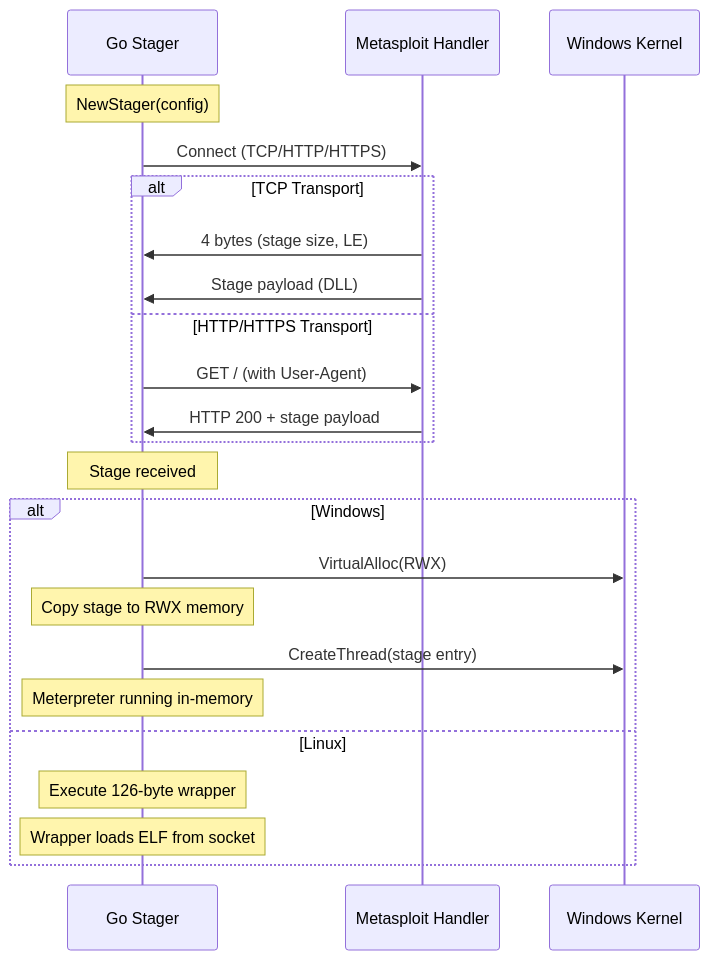
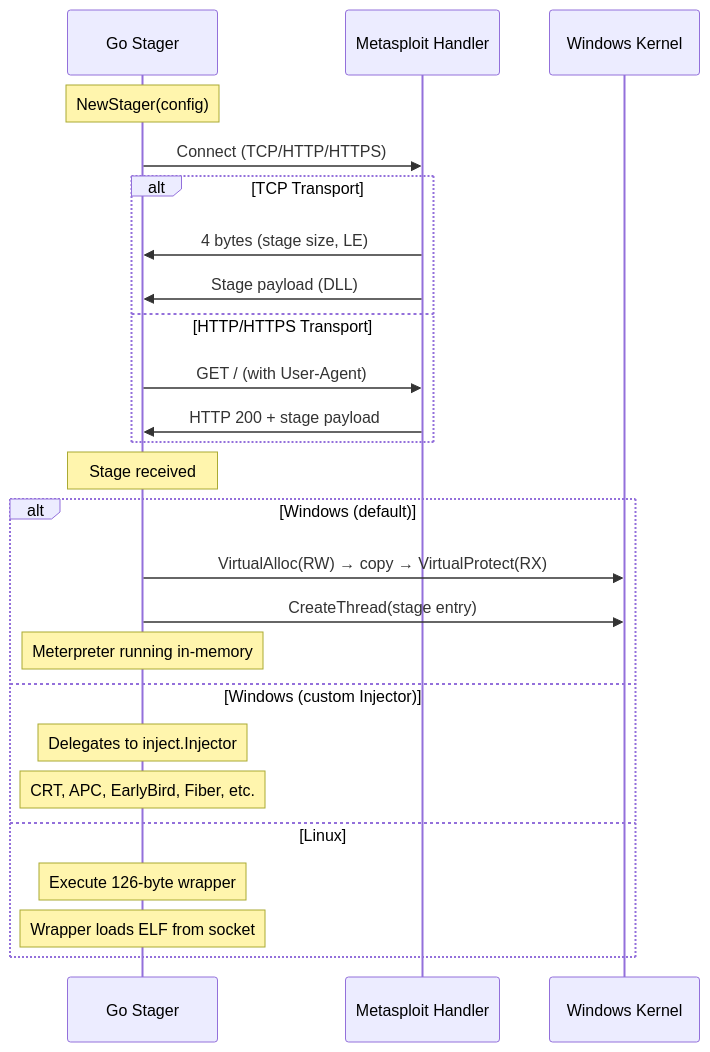
The first of 2 diagrams in docs/techniques/c2/meterpreter.md (oioio-space/maldev), drawn with Mermaid before and after one commit. The commit also changed other lines of this file and 1 other file, not shown here.

First line of the commit message:
docs: add Injector field to meterpreter docs — technique page + API reference

````diff
--- a/docs/techniques/c2/meterpreter.md
+++ b/docs/techniques/c2/meterpreter.md
@@ -22,29 +22,31 @@
 ```mermaid
 sequenceDiagram
     participant Stager as Go Stager
     participant MSF as Metasploit Handler
     participant Kernel as Windows Kernel
 
     Note over Stager: NewStager(config)
     Stager->>MSF: Connect (TCP/HTTP/HTTPS)
 
     alt TCP Transport
         MSF->>Stager: 4 bytes (stage size, LE)
         MSF->>Stager: Stage payload (DLL)
     else HTTP/HTTPS Transport
         Stager->>MSF: GET / (with User-Agent)
         MSF->>Stager: HTTP 200 + stage payload
     end
 
     Note over Stager: Stage received
 
-    alt Windows
-        Stager->>Kernel: VirtualAlloc(RWX)
-        Note over Stager: Copy stage to RWX memory
+    alt Windows (default)
+        Stager->>Kernel: VirtualAlloc(RW) → copy → VirtualProtect(RX)
         Stager->>Kernel: CreateThread(stage entry)
         Note over Stager: Meterpreter running in-memory
+    else Windows (custom Injector)
+        Note over Stager: Delegates to inject.Injector
+        Note over Stager: CRT, APC, EarlyBird, Fiber, etc.
     else Linux
         Note over Stager: Execute 126-byte wrapper
         Note over Stager: Wrapper loads ELF from socket
     end
 ```
````
